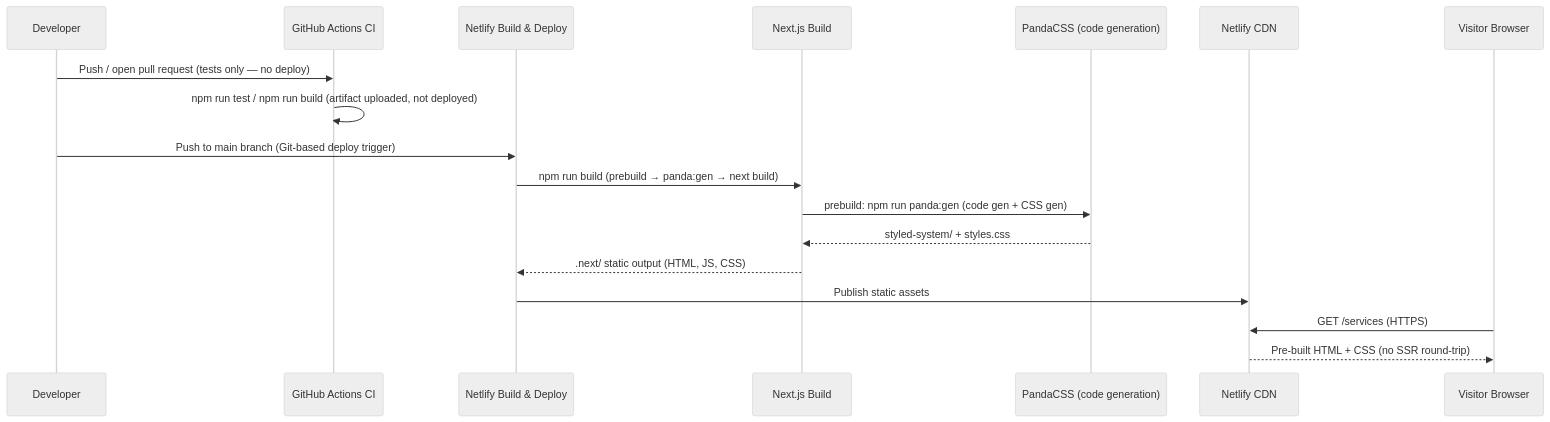
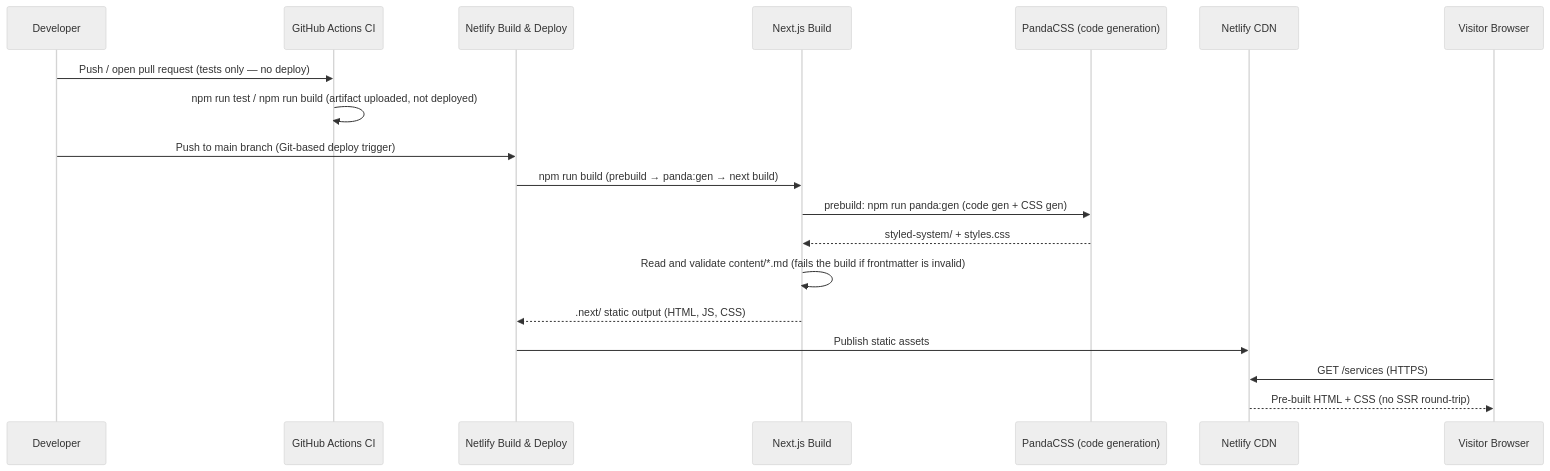
The first of 2 diagrams in docs/data-flows.md (ivanoats/sustainablewebsites2), drawn with Mermaid (neutral theme) before and after one commit. The commit also changed other lines of this file and 12 other files, not shown here.

First line of the commit message:
docs(adr): add architecture decision log and evaluate Astro

````diff
--- a/docs/data-flows.md
+++ b/docs/data-flows.md
@@ -12,21 +12,22 @@
 ```mermaid
 sequenceDiagram
   participant Dev as Developer
   participant CI as GitHub Actions CI
   participant Netlify as Netlify Build & Deploy
   participant NB as Next.js Build
   participant Panda as PandaCSS (code generation)
   participant CDN as Netlify CDN
   participant Browser as Visitor Browser
 
   Dev->>CI: Push / open pull request (tests only — no deploy)
   CI->>CI: npm run test / npm run build (artifact uploaded, not deployed)
   Dev->>Netlify: Push to main branch (Git-based deploy trigger)
   Netlify->>NB: npm run build (prebuild → panda:gen → next build)
   NB->>Panda: prebuild: npm run panda:gen (code gen + CSS gen)
   Panda-->>NB: styled-system/ + styles.css
+  NB->>NB: Read and validate content/*.md (fails the build if frontmatter is invalid)
   NB-->>Netlify: .next/ static output (HTML, JS, CSS)
   Netlify->>CDN: Publish static assets
   Browser->>CDN: GET /services (HTTPS)
   CDN-->>Browser: Pre-built HTML + CSS (no SSR round-trip)
 ```
````
